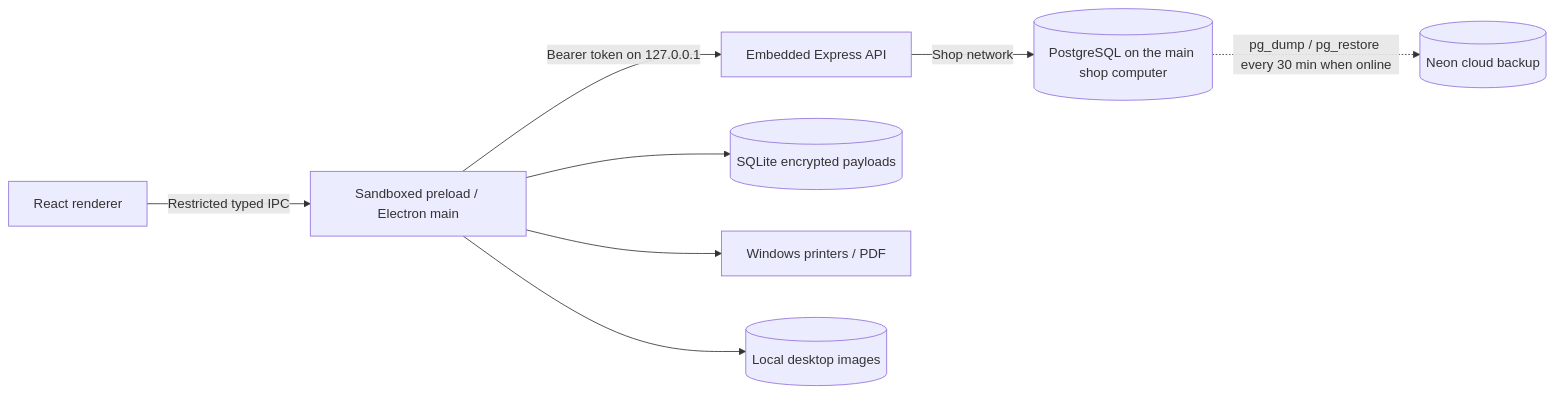
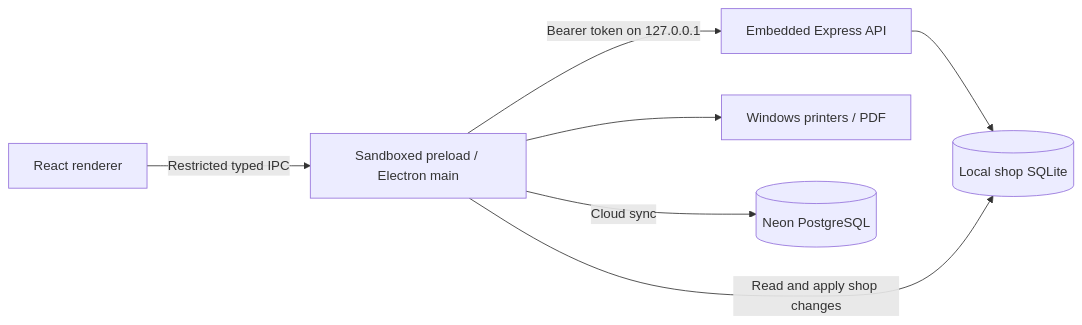
The diagram in ARCHITECTURE.md (YasinthaLkshan/POS), drawn with Mermaid before and after one commit. The commit also changed other lines of this file and 58 other files, not shown here.

Commit message:
Improve desktop sync and notifications and remove obsolete project tooling

````diff
--- a/ARCHITECTURE.md
+++ b/ARCHITECTURE.md
@@ -5,10 +5,9 @@
 ```mermaid
 flowchart LR
   R[React renderer] -->|Restricted typed IPC| M[Sandboxed preload / Electron main]
   M -->|Bearer token on 127.0.0.1| A[Embedded Express API]
-  M --> L[(SQLite encrypted payloads)]
+  A --> L[(Local shop SQLite)]
   M --> P[Windows printers / PDF]
-  M --> I[(Local desktop images)]
-  A -->|Shop network| D[(PostgreSQL on the main shop computer)]
-  D -.->|pg_dump / pg_restore every 30 min when online| N[(Neon cloud backup)]
+  M -->|Cloud sync| N[(Neon PostgreSQL)]
+  M -->|Read and apply shop changes| L
 ```
````
